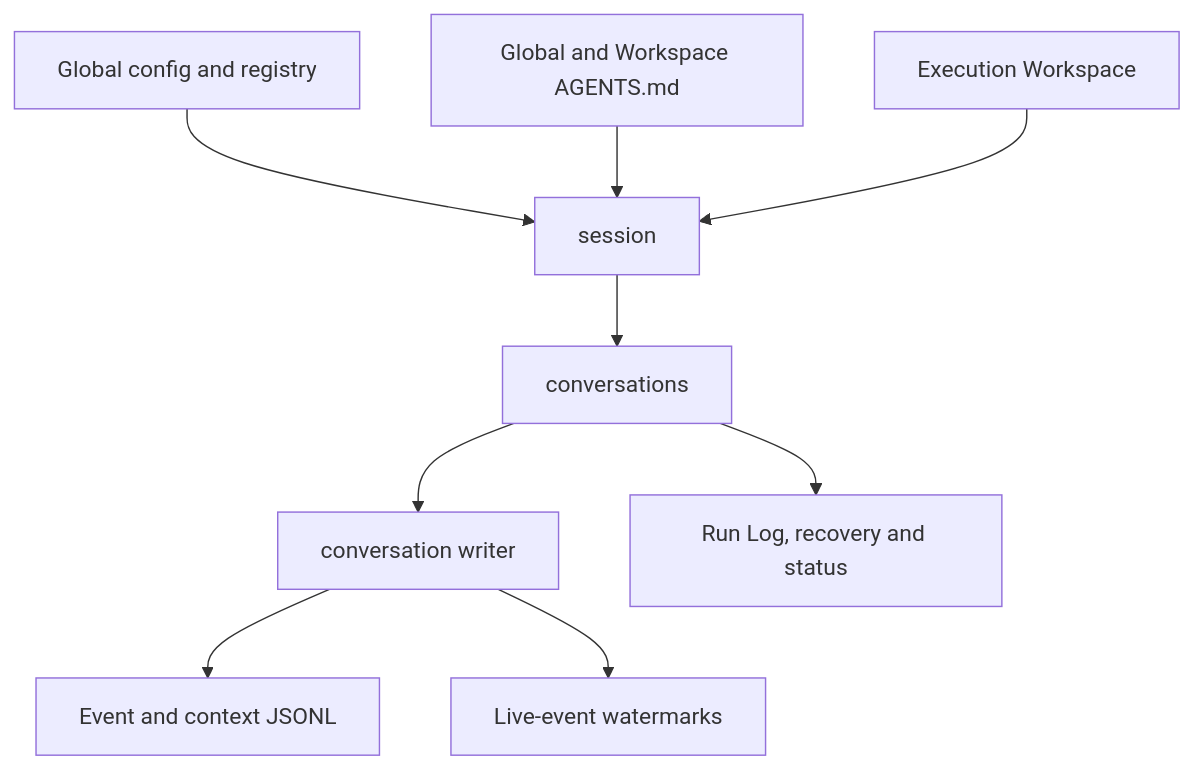
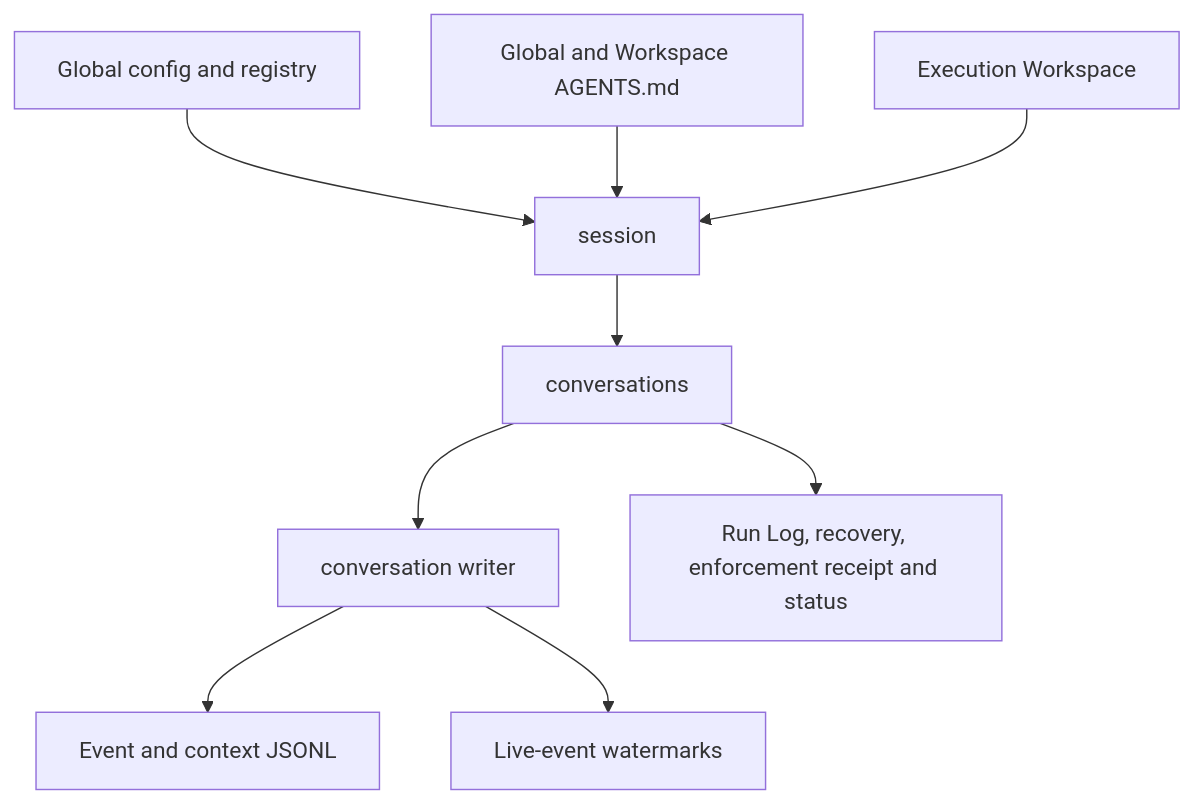
Before and after one commit to Open-Equilibrium/watershed: the third of 3 diagrams in docs/architecture.md, drawn with Mermaid. The commit also changed other lines of this file and 500 other files, not shown here.

First line of the commit message:
flow-agent: add native self-protection for trusted tools (#7)

````diff
--- a/docs/architecture.md
+++ b/docs/architecture.md
@@ -46,11 +52,11 @@
 ```mermaid
 flowchart TD
   S[session] --> C[conversations]
   C --> W[conversation writer]
   W --> J[Event and context JSONL]
   W --> L[Live-event watermarks]
-  C --> Q[Run Log, recovery and status]
+  C --> Q[Run Log, recovery, enforcement receipt and status]
   G[Global config and registry] --> S
   A[Global and Workspace AGENTS.md] --> S
   X[Execution Workspace] --> S
 ```
````
